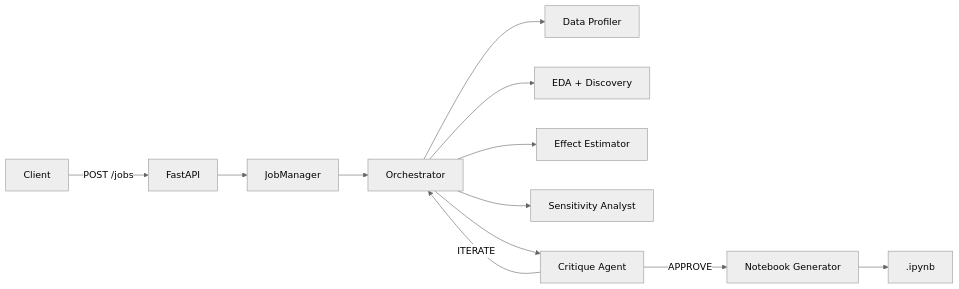
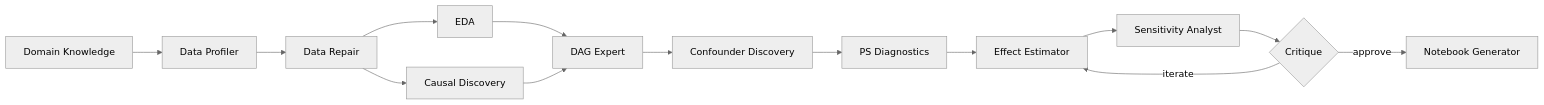
Before and after one commit to Axionis47/causal-inference-agent: the diagram in README.md, drawn with Mermaid (neutral theme). The commit also changed other lines of this file and 3 other files, not shown here.

First line of the commit message:
docs: fresh C4 Mermaid diagrams and rewritten README

````diff
--- a/README.md
+++ b/README.md
@@ -20,14 +162,16 @@
 ```mermaid
-flowchart LR
-    Client -->|POST /jobs| API[FastAPI]
-    API --> JM[JobManager]
-    JM --> O[Orchestrator]
-    O --> S1[Data Profiler]
-    O --> S2[EDA + Discovery]
-    O --> S3[Effect Estimator]
-    O --> S4[Sensitivity Analyst]
-    O --> CQ[Critique Agent]
-    CQ -->|APPROVE| NB[Notebook Generator]
-    CQ -->|ITERATE| O
-    NB --> Notebook[.ipynb]
+graph LR
+    A[Domain Knowledge] --> B[Data Profiler]
+    B --> C[Data Repair]
+    C --> D1[EDA]
+    C --> D2[Causal Discovery]
+    D1 --> E[DAG Expert]
+    D2 --> E
+    E --> F[Confounder Discovery]
+    F --> G[PS Diagnostics]
+    G --> H[Effect Estimator]
+    H --> I[Sensitivity Analyst]
+    I --> J{Critique}
+    J -->|approve| K[Notebook Generator]
+    J -->|iterate| H
 ```
````
